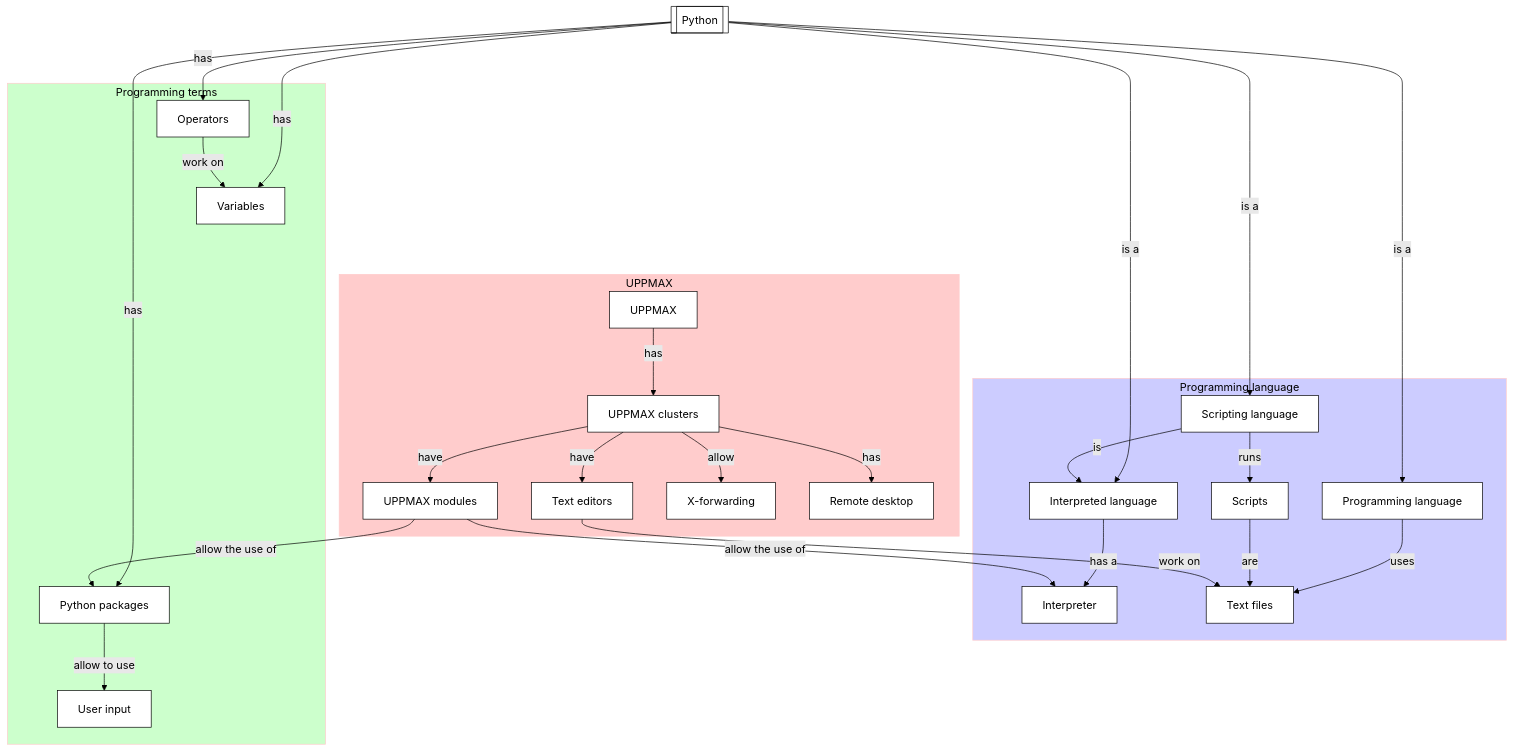
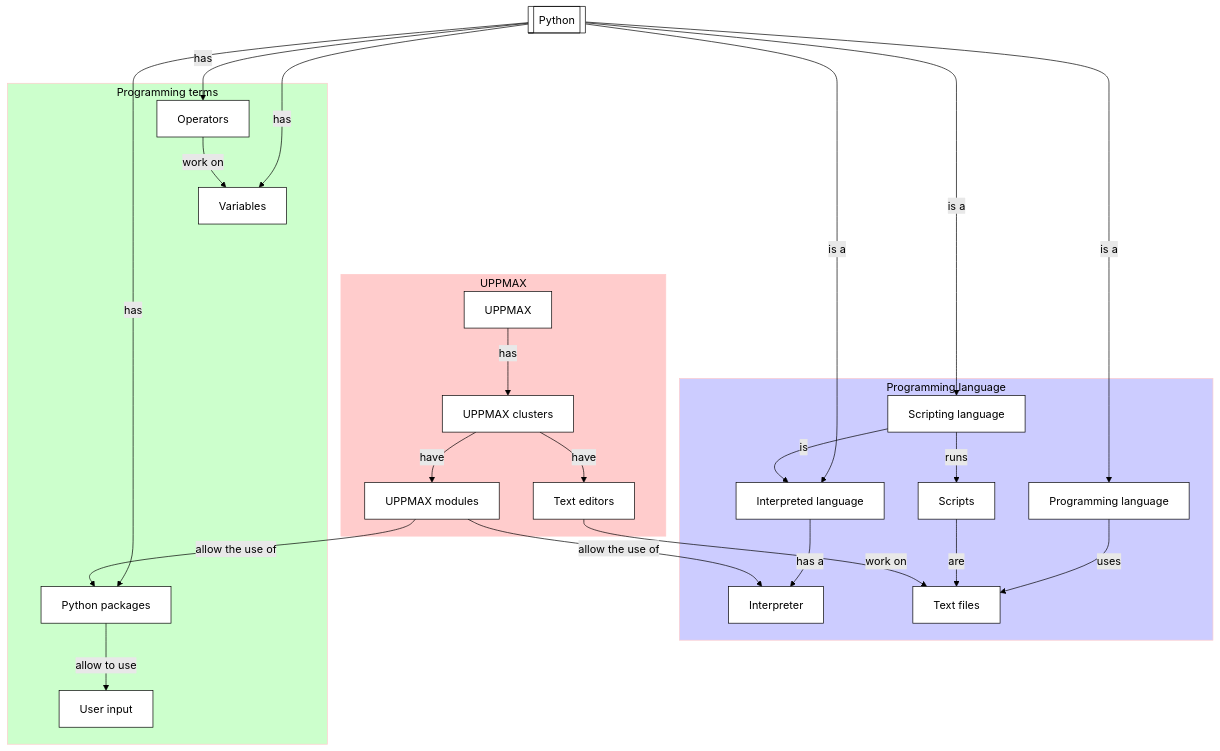
Before and after one commit to UPPMAX/uppmax_intro_python: the diagram in docs/morning_session/overview.md, drawn with Mermaid (forest theme).

Commit message:
At right level

````diff
--- a/docs/morning_session/overview.md
+++ b/docs/morning_session/overview.md
@@ -33,76 +33,76 @@
 ```mermaid
 flowchart TD
     python[[Python]]
 
     %% Give a white background to all nodes, instead of a transparent one
     classDef node fill:#fff,color:#000,stroke:#000
 
     subgraph sub_programming_language[Programming language]
       interpreted_language[Interpreted language]
       programming_language[Programming language]
       scripting_language[Scripting language]
       interpreter[Interpreter]
       scripts[Scripts]
       text_files[Text files]
     end
     style sub_programming_language fill:#ccf,color:#000,stroke:#fcc
 
     subgraph sub_programming_terms[Programming terms]
       user_input[User input]
       %% file_io[File I/O]
       %% command_line_arguments[Command-line arguments]
       variables[Variables]
       operators[Operators]
       %% functions[Functions]
       python_packages[Python packages]
       %% graphics[Graphics]
     end 
     style sub_programming_terms fill:#cfc,color:#000,stroke:#fcc
 
     subgraph sub_uppmax[UPPMAX]
       uppmax[UPPMAX]
       uppmax_modules[UPPMAX modules]
       uppmax_clusters[UPPMAX clusters]
       text_editors[Text editors]
-      x_forwarding[X-forwarding]
-      remote_desktop[Remote desktop]
+      %% x_forwarding[X-forwarding]
+      %% remote_desktop[Remote desktop]
     end
     style sub_uppmax fill:#fcc,color:#000,stroke:#fcc
 
     python --> |is a| programming_language
     python --> |is a| interpreted_language
     python --> |is a| scripting_language
 
     programming_language --> |uses| text_files
     interpreted_language --> |has a| interpreter
     scripting_language --> |is|interpreted_language
     scripting_language --> |runs| scripts
     scripts --> |are| text_files
     %% scripts --> |can use| command_line_arguments
 
     python --> |has| python_packages
     python --> |has| variables
     %%python --> |has| functions
     python --> |has| operators
     %%functions --> |use| variables
     operators --> |work on| variables
     %%python_packages --> |allow| graphics
     python_packages --> |allow to use| user_input
     %% python_packages --> |allow to do| file_io
     %% python_packages --> |allow to use| command_line_arguments
 
     uppmax --> |has| uppmax_clusters
     uppmax_clusters --> |have| uppmax_modules
     uppmax_clusters --> |have| text_editors
-    uppmax_clusters --> |allow| x_forwarding
-    uppmax_clusters --> |has| remote_desktop
+    %% uppmax_clusters --> |allow| x_forwarding
+    %% uppmax_clusters --> |has| remote_desktop
     uppmax_modules --> |allow the use of| python_packages
     uppmax_modules --> |allow the use of| interpreter
 
     text_editors --> |work on|text_files
     %%x_forwarding --> |allows|graphics
     %%remote_desktop --> |allows|graphics
     
 
     variables ~~~ uppmax
 ```
````
